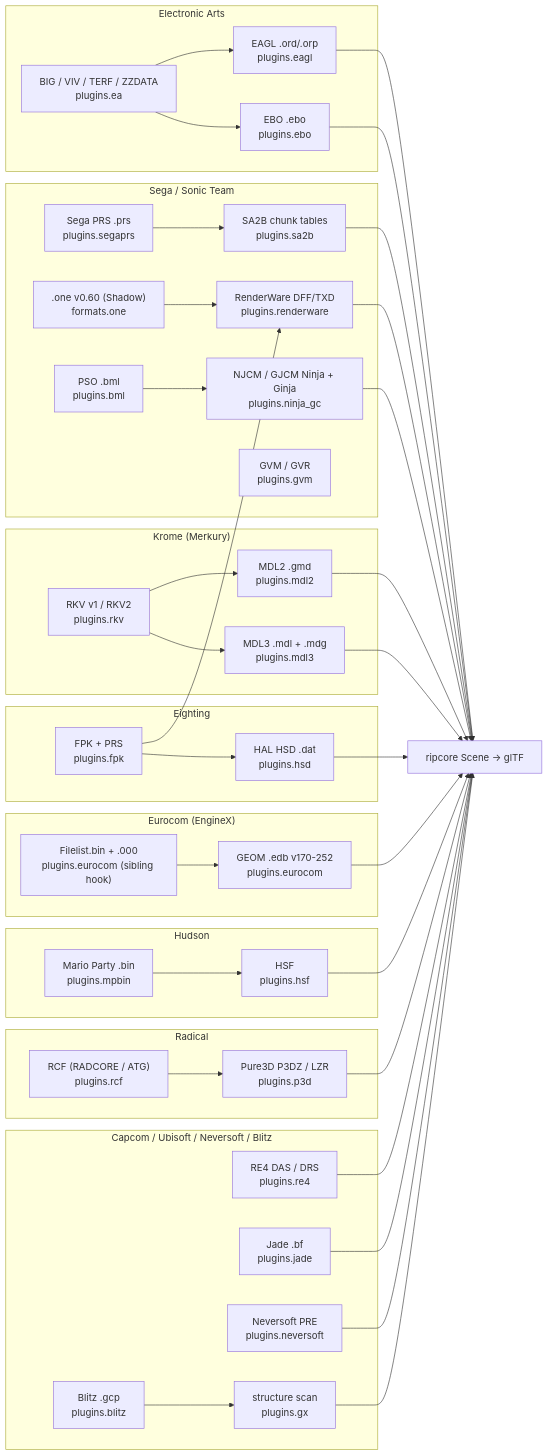
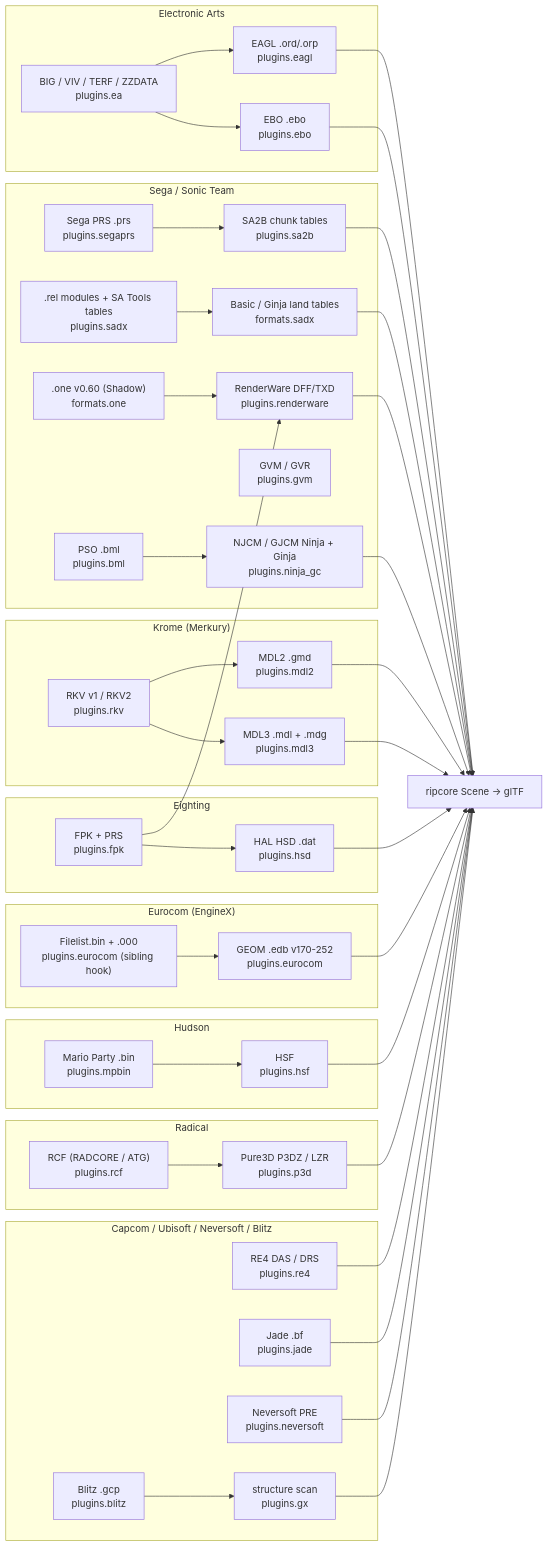
Before and after one commit to Felbs/3d-ripper-9000: the eighth of 9 diagrams in docs/PIPELINE.md, drawn with Mermaid. The commit also changed other lines of this file and 2 other files, not shown here.

Commit message:
docs: SADX/SA2B REL path in the ledger, chart and Sonic Team note
Claude-Session: https://claude.ai/code/session_01Nn5dgr3XQbsu13Q42GiaU3

````diff
--- a/docs/PIPELINE.md
+++ b/docs/PIPELINE.md
@@ -173,37 +173,38 @@
 ```mermaid
 flowchart LR
     subgraph EA["Electronic Arts"]
         BIG["BIG / VIV / TERF / ZZDATA<br/>plugins.ea"] --> EAGL["EAGL .ord/.orp<br/>plugins.eagl"]
         BIG --> EBO["EBO .ebo<br/>plugins.ebo"]
     end
     subgraph SEGA["Sega / Sonic Team"]
         PRS["Sega PRS .prs<br/>plugins.segaprs"] --> SA2B["SA2B chunk tables<br/>plugins.sa2b"]
         ONE[".one v0.60 (Shadow)<br/>formats.one"] --> RW["RenderWare DFF/TXD<br/>plugins.renderware"]
         BML["PSO .bml<br/>plugins.bml"] --> NJ["NJCM / GJCM Ninja + Ginja<br/>plugins.ninja_gc"]
         GVM["GVM / GVR<br/>plugins.gvm"]
+        REL[".rel modules + SA Tools tables<br/>plugins.sadx"] --> SADX["Basic / Ginja land tables<br/>formats.sadx"]
     end
     subgraph KROME["Krome (Merkury)"]
         RKV["RKV v1 / RKV2<br/>plugins.rkv"] --> MDL2["MDL2 .gmd<br/>plugins.mdl2"]
         RKV --> MDL3["MDL3 .mdl + .mdg<br/>plugins.mdl3"]
     end
     subgraph EIGHT["Eighting"]
         FPK["FPK + PRS<br/>plugins.fpk"] --> HSD["HAL HSD .dat<br/>plugins.hsd"]
         FPK --> RW
     end
     subgraph EURO["Eurocom (EngineX)"]
         FL["Filelist.bin + .000<br/>plugins.eurocom (sibling hook)"] --> EDB["GEOM .edb v170-252<br/>plugins.eurocom"]
     end
     subgraph HUDSON["Hudson"]
         MPB["Mario Party .bin<br/>plugins.mpbin"] --> HSF["HSF<br/>plugins.hsf"]
     end
     subgraph RADICAL["Radical"]
         RCF["RCF (RADCORE / ATG)<br/>plugins.rcf"] --> P3D["Pure3D P3DZ / LZR<br/>plugins.p3d"]
     end
     subgraph OTHER["Capcom / Ubisoft / Neversoft / Blitz"]
         DAS["RE4 DAS / DRS<br/>plugins.re4"]
         BF["Jade .bf<br/>plugins.jade"]
         PRE["Neversoft PRE<br/>plugins.neversoft"]
         GCP["Blitz .gcp<br/>plugins.blitz"] --> GX["structure scan<br/>plugins.gx"]
     end
-    EAGL & EBO & SA2B & RW & NJ & MDL2 & MDL3 & HSD & EDB & HSF & P3D & DAS & BF & PRE & GX --> SCENE["ripcore Scene → glTF"]
+    EAGL & EBO & SA2B & SADX & RW & NJ & MDL2 & MDL3 & HSD & EDB & HSF & P3D & DAS & BF & PRE & GX --> SCENE["ripcore Scene → glTF"]
 ```
````
